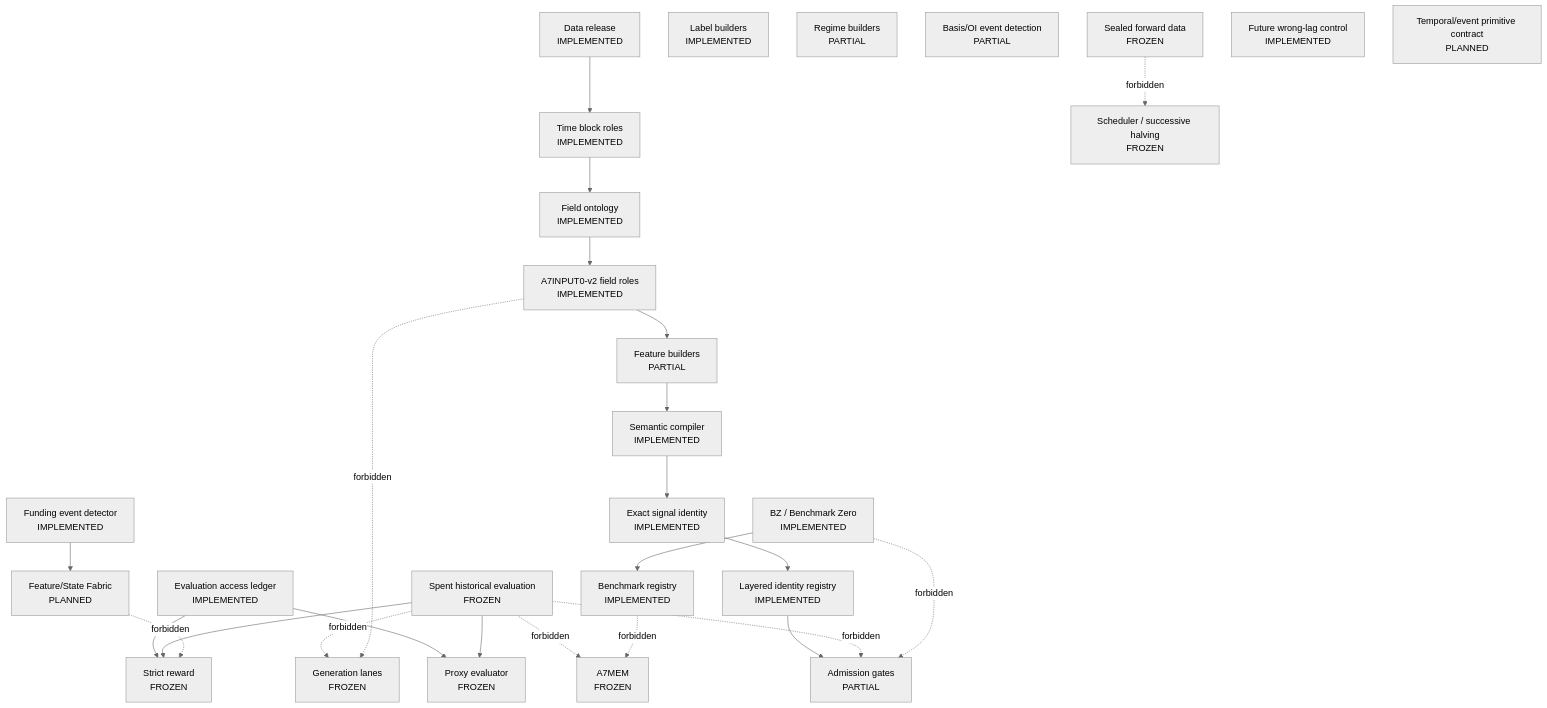
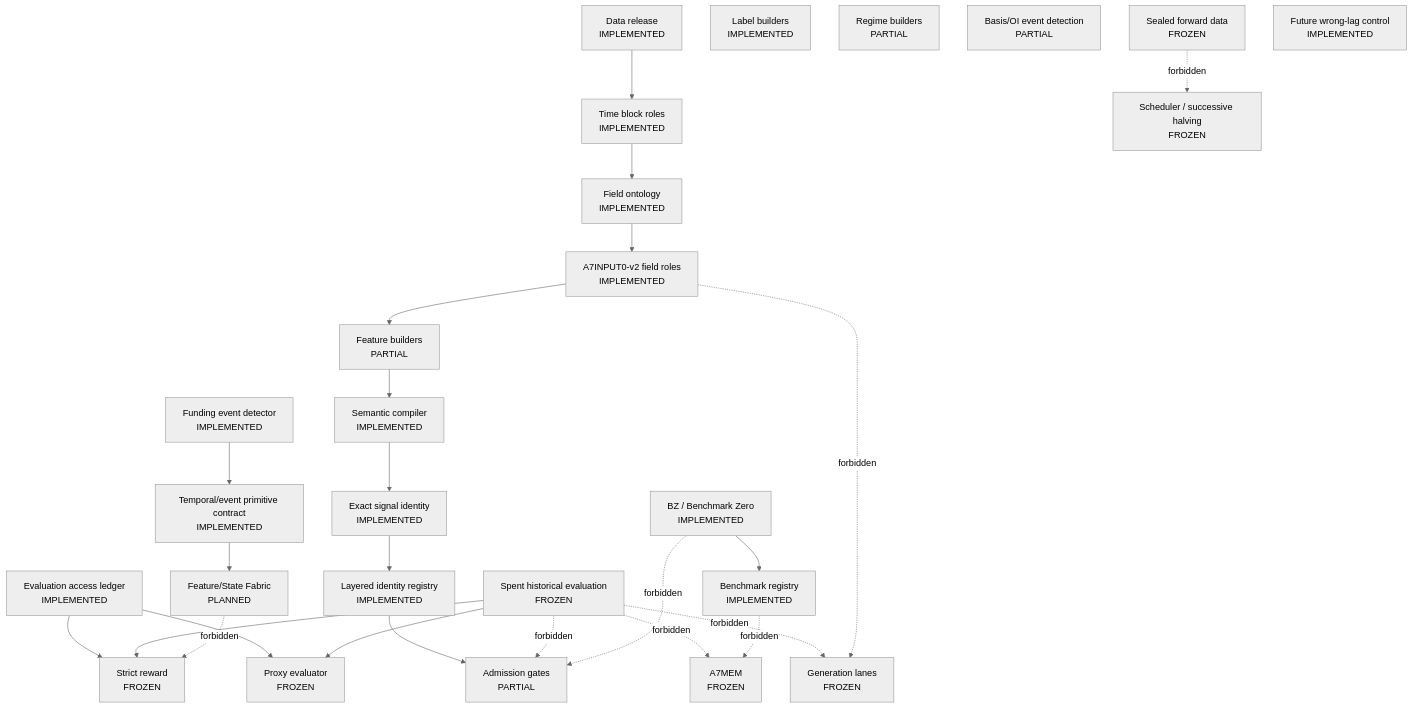
One commit to weisssschnee/alpha_pit_engine_crypto_20260519 changed the diagram in .planning/graphs/CURRENT_ARCHITECTURE.md. Above: the diagram before and after it, drawn with Mermaid (neutral theme). The commit also changed other lines of this file and 17 other files, not shown here.

Commit message:
b0.7 define temporal event primitive contracts

````diff
--- a/.planning/graphs/CURRENT_ARCHITECTURE.md
+++ b/.planning/graphs/CURRENT_ARCHITECTURE.md
@@ -11,51 +11,52 @@
 ```mermaid
 flowchart TD
   control_data_release["Data release\nIMPLEMENTED"]
   control_time_block_roles["Time block roles\nIMPLEMENTED"]
   control_field_ontology["Field ontology\nIMPLEMENTED"]
   control_a7input0["A7INPUT0-v2 field roles\nIMPLEMENTED"]
   control_feature_builder["Feature builders\nPARTIAL"]
   control_label_builder["Label builders\nIMPLEMENTED"]
   control_regime_builder["Regime builders\nPARTIAL"]
   control_funding_event_detector["Funding event detector\nIMPLEMENTED"]
   control_basis_oi_event_detection["Basis/OI event detection\nPARTIAL"]
   control_semantic_compiler["Semantic compiler\nIMPLEMENTED"]
   control_exact_signal_identity["Exact signal identity\nIMPLEMENTED"]
   control_identity_registry["Layered identity registry\nIMPLEMENTED"]
   control_generation_lanes["Generation lanes\nFROZEN"]
   control_proxy["Proxy evaluator\nFROZEN"]
   control_strict_reward["Strict reward\nFROZEN"]
   control_admission["Admission gates\nPARTIAL"]
   control_a7mem["A7MEM\nFROZEN"]
   control_scheduler["Scheduler / successive halving\nFROZEN"]
   control_benchmark_registry["Benchmark registry\nIMPLEMENTED"]
   control_evaluation_access_ledger["Evaluation access ledger\nIMPLEMENTED"]
   control_spent_evaluation["Spent historical evaluation\nFROZEN"]
   control_sealed_forward["Sealed forward data\nFROZEN"]
   control_future_wrong_lag["Future wrong-lag control\nIMPLEMENTED"]
   control_bz["BZ / Benchmark Zero\nIMPLEMENTED"]
-  control_temporal_event_contract["Temporal/event primitive contract\nPLANNED"]
+  control_temporal_event_contract["Temporal/event primitive contract\nIMPLEMENTED"]
   control_feature_state_fabric["Feature/State Fabric\nPLANNED"]
   control_data_release --> control_time_block_roles
   control_time_block_roles --> control_field_ontology
   control_field_ontology --> control_a7input0
   control_a7input0 --> control_feature_builder
   control_feature_builder --> control_semantic_compiler
   control_semantic_compiler --> control_exact_signal_identity
   control_exact_signal_identity --> control_identity_registry
   control_identity_registry --> control_admission
   control_evaluation_access_ledger --> control_proxy
   control_evaluation_access_ledger --> control_strict_reward
-  control_funding_event_detector --> control_feature_state_fabric
+  control_funding_event_detector --> control_temporal_event_contract
+  control_temporal_event_contract --> control_feature_state_fabric
   control_bz --> control_benchmark_registry
   control_spent_evaluation --> control_proxy
   control_spent_evaluation --> control_strict_reward
   control_spent_evaluation -. forbidden .-> control_admission
   control_spent_evaluation -. forbidden .-> control_generation_lanes
   control_spent_evaluation -. forbidden .-> control_a7mem
   control_sealed_forward -. forbidden .-> control_scheduler
   control_benchmark_registry -. forbidden .-> control_a7mem
   control_feature_state_fabric -. forbidden .-> control_strict_reward
   control_a7input0 -. forbidden .-> control_generation_lanes
   control_bz -. forbidden .-> control_admission
 ```
````
